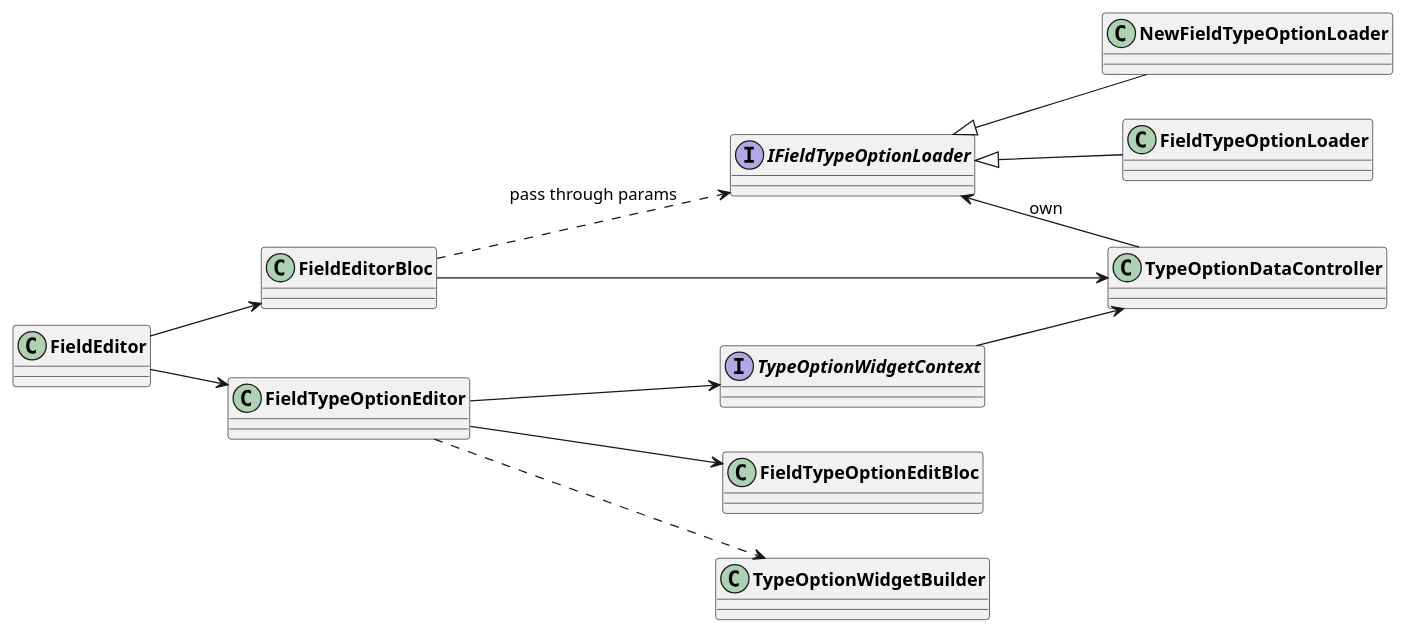
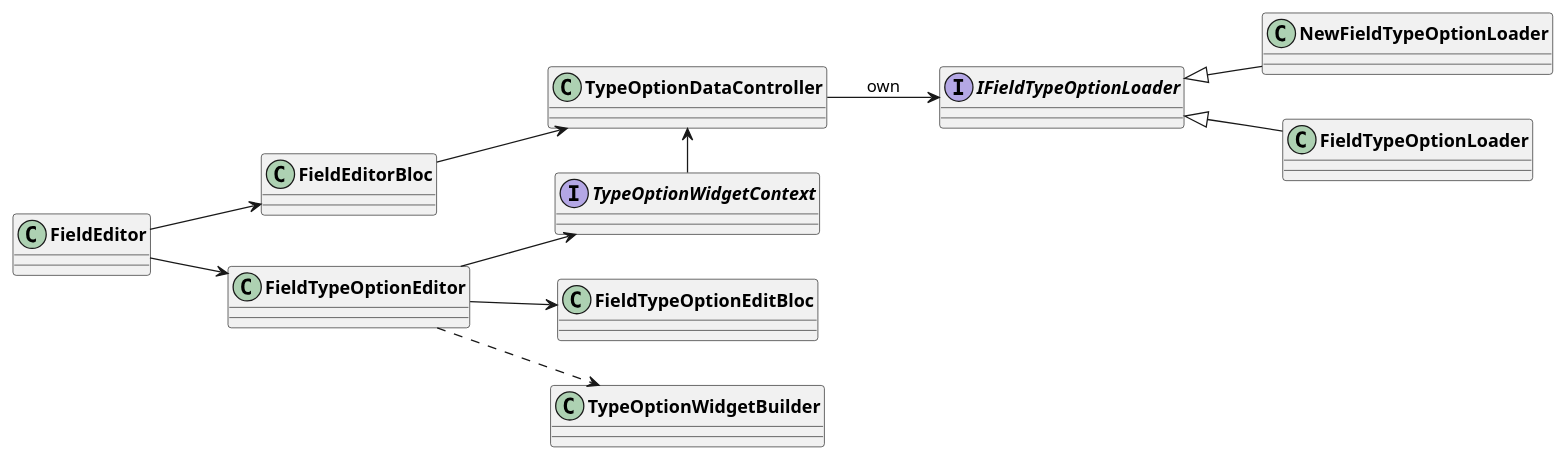
One commit to AppFlowy-IO/AppFlowy-Docs changed the first of 4 diagrams in uml/dart_classes/grid_field.plantuml. Above: the diagram before and after it, drawn with PlantUML. The commit also changed other lines of this file and 2 other files, not shown here.

```diff
--- a/uml/dart_classes/grid_field.plantuml
+++ b/uml/dart_classes/grid_field.plantuml
@@ -2,27 +2,26 @@
 @startuml Field Editor
 skinparam classFontStyle Bold
 skinparam ActivityBackgroundColor Silver
 skinparam ActivityBorderColor DimGray
 left to right direction
 
 interface IFieldTypeOptionLoader
 interface TypeOptionWidgetContext
 
 FieldEditor --> FieldEditorBloc
 FieldEditor --> FieldTypeOptionEditor
 
 'loader
-FieldEditorBloc ..> IFieldTypeOptionLoader : pass through params
 FieldEditorBloc --> TypeOptionDataController
-TypeOptionDataController -u-> IFieldTypeOptionLoader: own
+TypeOptionDataController --> IFieldTypeOptionLoader: own
 NewFieldTypeOptionLoader -u-|> IFieldTypeOptionLoader
 FieldTypeOptionLoader -u-|> IFieldTypeOptionLoader
 
 'editor
 FieldTypeOptionEditor --> FieldTypeOptionEditBloc
 FieldTypeOptionEditor --> TypeOptionWidgetContext
 FieldTypeOptionEditor ..> TypeOptionWidgetBuilder
 
 'Context
-TypeOptionWidgetContext --> TypeOptionDataController
+TypeOptionWidgetContext -l-> TypeOptionDataController
 @enduml
```
